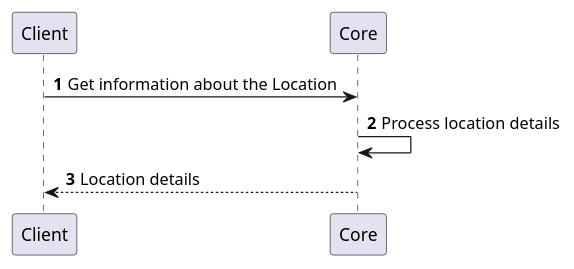
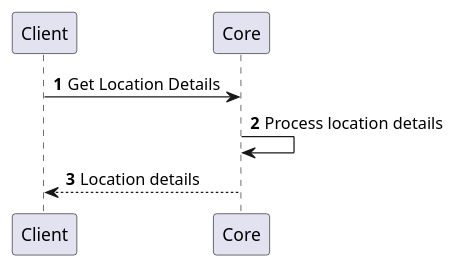
One commit to CZERTAINLY/CZERTAINLY-Documentation changed the sixth of 13 diagrams in docs/12-connectors/05-description/32-entity-provider.md. Above: the diagram before and after it, drawn with PlantUML. The commit also changed other lines of this file, not shown here.

````diff
--- a/docs/12-connectors/05-description/32-entity-provider.md
+++ b/docs/12-connectors/05-description/32-entity-provider.md
@@ -123,9 +123,9 @@
 ```plantuml
     @startuml
     autonumber
     skinparam topurl https://docs.czertainly.com/api/
-        Client -> Core [[core-location/#tag/Location-Management-API/operation/getLocation]]: Get information about the Location
+        Client -> Core [[core-location/#tag/Location-Management-API/operation/getLocation]]: Get Location Details
         Core -> Core: Process location details
         Core --> Client: Location details
     @enduml
 ```
````
